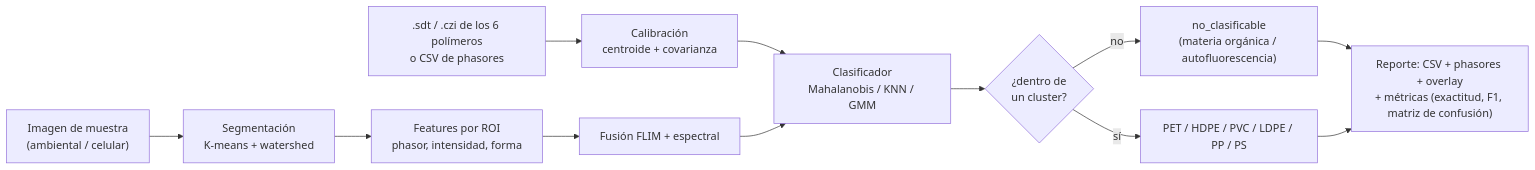
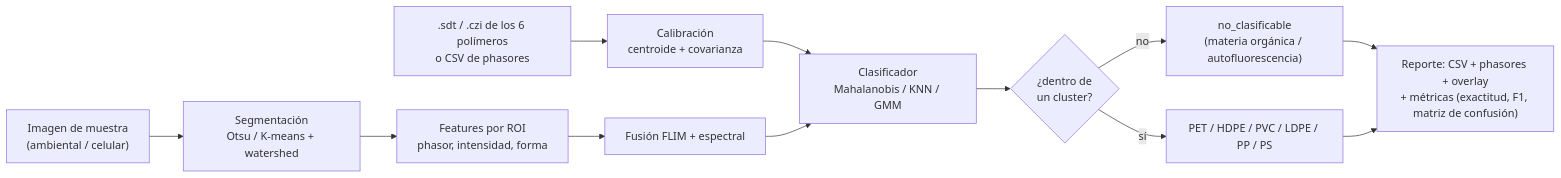
One commit to MatiasRiosMR/automatizacion-microplasticos changed the diagram in README.md. Above: the diagram before and after it, drawn with Mermaid. The commit also changed other lines of this file and 14 other files, not shown here.

````diff
--- a/README.md
+++ b/README.md
@@ -42,14 +42,14 @@
 ```mermaid
 flowchart LR
     C[".sdt / .czi de los 6 polímeros<br/>o CSV de phasores"] --> CAL["Calibración<br/>centroide + covarianza"]
-    M["Imagen de muestra<br/>(ambiental / celular)"] --> SEG["Segmentación<br/>K-means + watershed"]
+    M["Imagen de muestra<br/>(ambiental / celular)"] --> SEG["Segmentación<br/>Otsu / K-means + watershed"]
     SEG --> FEAT["Features por ROI<br/>phasor, intensidad, forma"]
     FEAT --> FUS["Fusión FLIM + espectral"]
     CAL --> CLF["Clasificador<br/>Mahalanobis / KNN / GMM"]
     FUS --> CLF
     CLF --> R{"¿dentro de<br/>un cluster?"}
     R -- no --> NC["no_clasificable<br/>(materia orgánica / autofluorescencia)"]
     R -- sí --> P["PET / HDPE / PVC / LDPE / PP / PS"]
     NC --> REP["Reporte: CSV + phasores + overlay<br/>+ métricas (exactitud, F1, matriz de confusión)"]
     P --> REP
 ```
````
